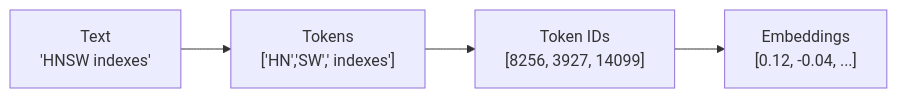
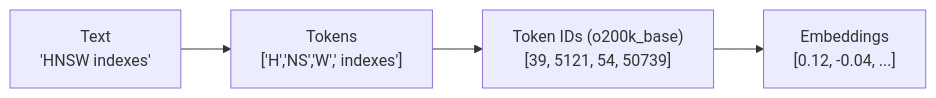
One commit to albertoirurueta/docs changed the diagram in modules/ROOT/pages/ai/llm-foundations/tokens-and-tokenization.adoc. Above: the diagram before and after it, drawn with Mermaid. The commit also changed other lines of this file and 23 other files, not shown here.

```diff
--- a/modules/ROOT/pages/ai/llm-foundations/tokens-and-tokenization.adoc
+++ b/modules/ROOT/pages/ai/llm-foundations/tokens-and-tokenization.adoc
@@ -297,7 +297,7 @@
 [mermaid]
 ....
 flowchart LR
-    A["Text\n'HNSW indexes'"] --> B["Tokens\n['HN','SW',' indexes']"]
-    B --> C["Token IDs\n[8256, 3927, 14099]"]
+    A["Text\n'HNSW indexes'"] --> B["Tokens\n['H','NS','W',' indexes']"]
+    B --> C["Token IDs (o200k_base)\n[39, 5121, 54, 50739]"]
     C --> D["Embeddings\n[0.12, -0.04, ...]"]
 ....
```
